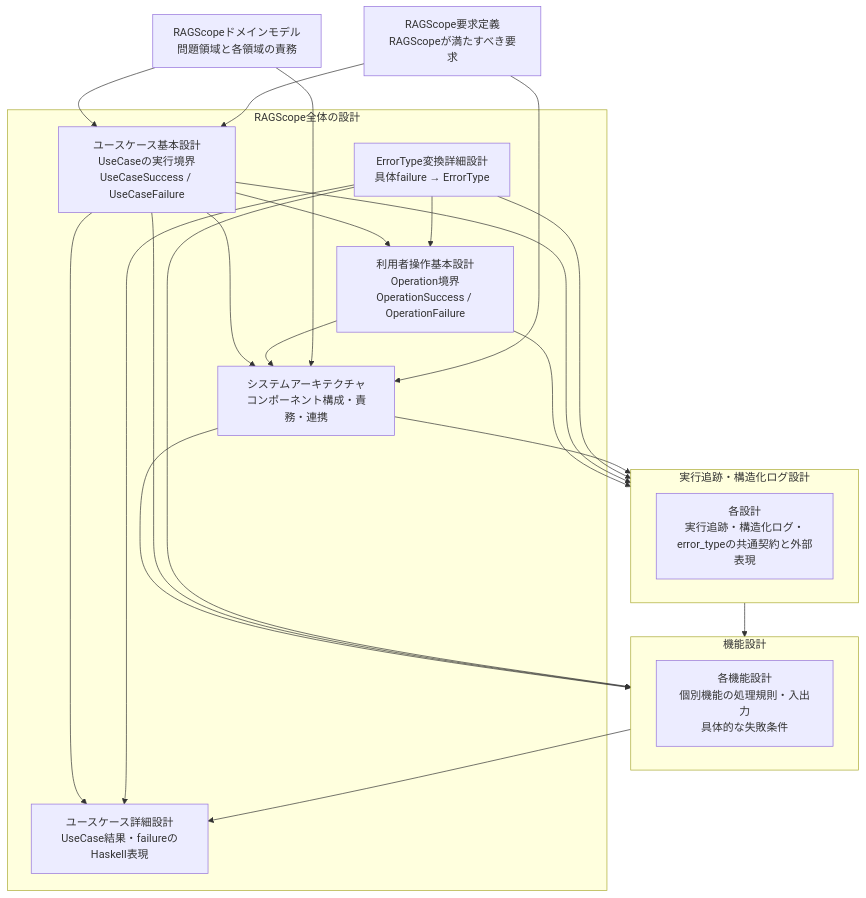
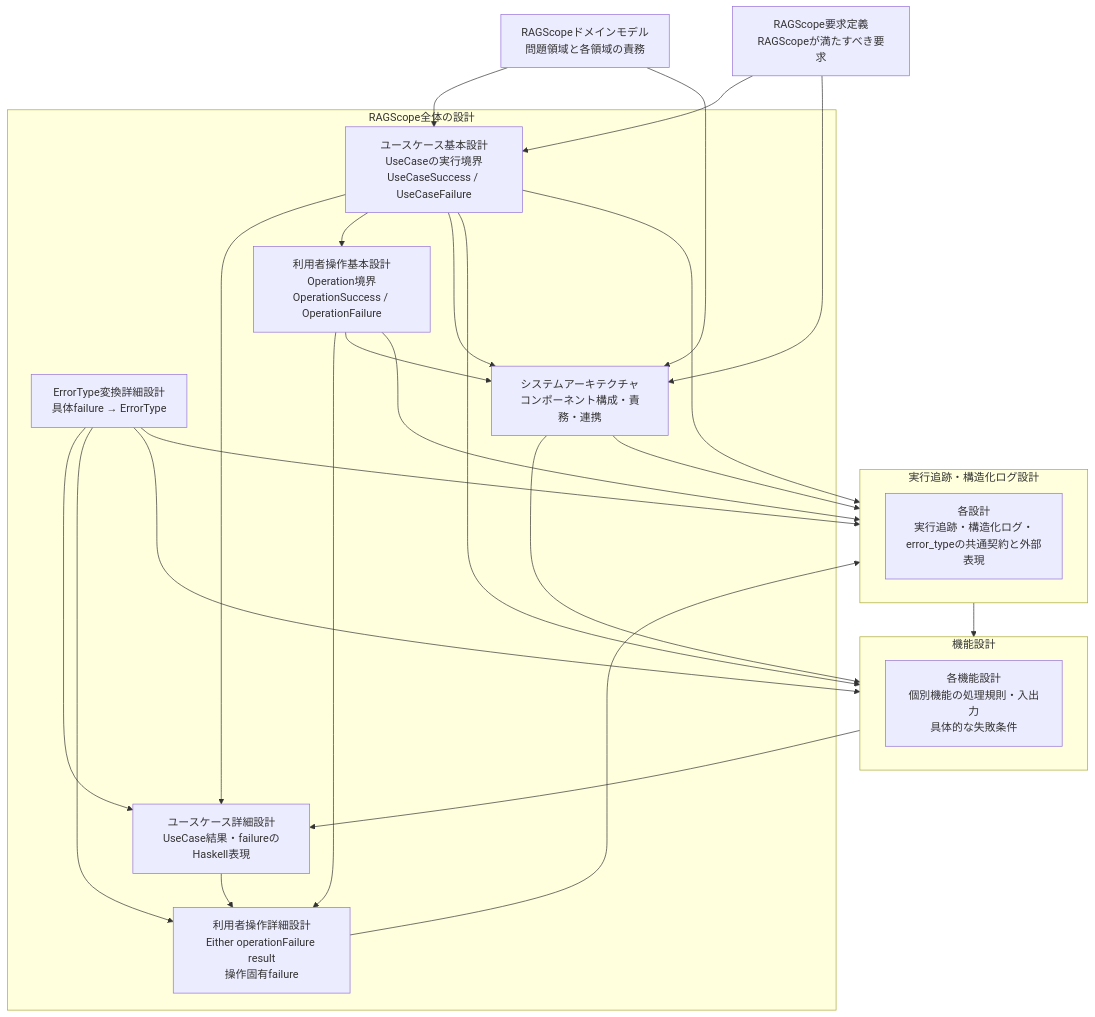
One commit to takashit16833/RAGScope changed the diagram in project-docs/design/README.md. Above: the diagram before and after it, drawn with Mermaid. The commit also changed other lines of this file and 5 other files, not shown here.

Commit message:
docs: define operation failure representation

````diff
--- a/project-docs/design/README.md
+++ b/project-docs/design/README.md
@@ -23,43 +24,47 @@
 ```mermaid
 flowchart TD
     Domain["RAGScopeドメインモデル<br>問題領域と各領域の責務"]
     Requirements["RAGScope要求定義<br>RAGScopeが満たすべき要求"]
 
     subgraph Core["RAGScope全体の設計"]
         UseCase["ユースケース基本設計<br>UseCaseの実行境界<br>UseCaseSuccess / UseCaseFailure"]
         UseCaseDetail["ユースケース詳細設計<br>UseCase結果・failureのHaskell表現"]
         ErrorTypeConversion["ErrorType変換詳細設計<br>具体failure → ErrorType"]
         Operation["利用者操作基本設計<br>Operation境界<br>OperationSuccess / OperationFailure"]
+        OperationDetail["利用者操作詳細設計<br>Either operationFailure result<br>操作固有failure"]
         Architecture["システムアーキテクチャ<br>コンポーネント構成・責務・連携"]
         UseCase --> UseCaseDetail
+        UseCase --> Operation
+        Operation --> OperationDetail
+        UseCaseDetail --> OperationDetail
         ErrorTypeConversion --> UseCaseDetail
-        UseCase --> Operation
-        ErrorTypeConversion --> Operation
+        ErrorTypeConversion --> OperationDetail
         UseCase --> Architecture
         Operation --> Architecture
     end
 
     subgraph Features["機能設計"]
         FeatureDesigns["各機能設計<br>個別機能の処理規則・入出力<br>具体的な失敗条件"]
     end
 
     subgraph Logging["実行追跡・構造化ログ設計"]
         LoggingDesigns["各設計<br>実行追跡・構造化ログ・error_typeの共通契約と外部表現"]
     end
 
     Domain --> UseCase
     Requirements --> UseCase
     Domain --> Architecture
     Requirements --> Architecture
 
     Architecture --> Features
     UseCase --> Features
     ErrorTypeConversion --> Features
     Features --> UseCaseDetail
 
     Operation --> Logging
+    OperationDetail --> Logging
     UseCase --> Logging
     ErrorTypeConversion --> Logging
     Architecture --> Logging
     Logging --> Features
 ```
````
